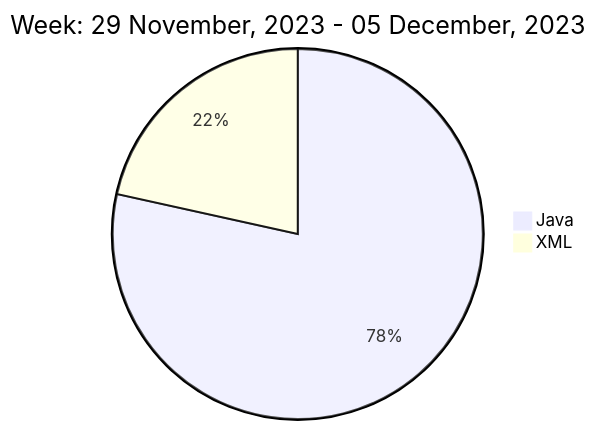
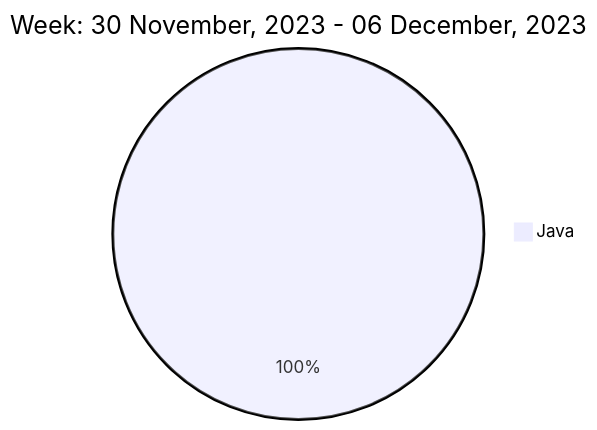
One commit to liubin95/liubin95 changed the diagram in README.md. Above: the diagram before and after it, drawn with Mermaid.

Commit message:
Updated the Graph with new Metrics

````diff
--- a/README.md
+++ b/README.md
@@ -37,6 +37,5 @@
 ```mermaid
  pie
-title Week: 29 November, 2023 - 05 December, 2023
- "Java" : 8.27
- "XML" : 2.27
+title Week: 30 November, 2023 - 06 December, 2023
+ "Java" : 9.33
 ```
````
